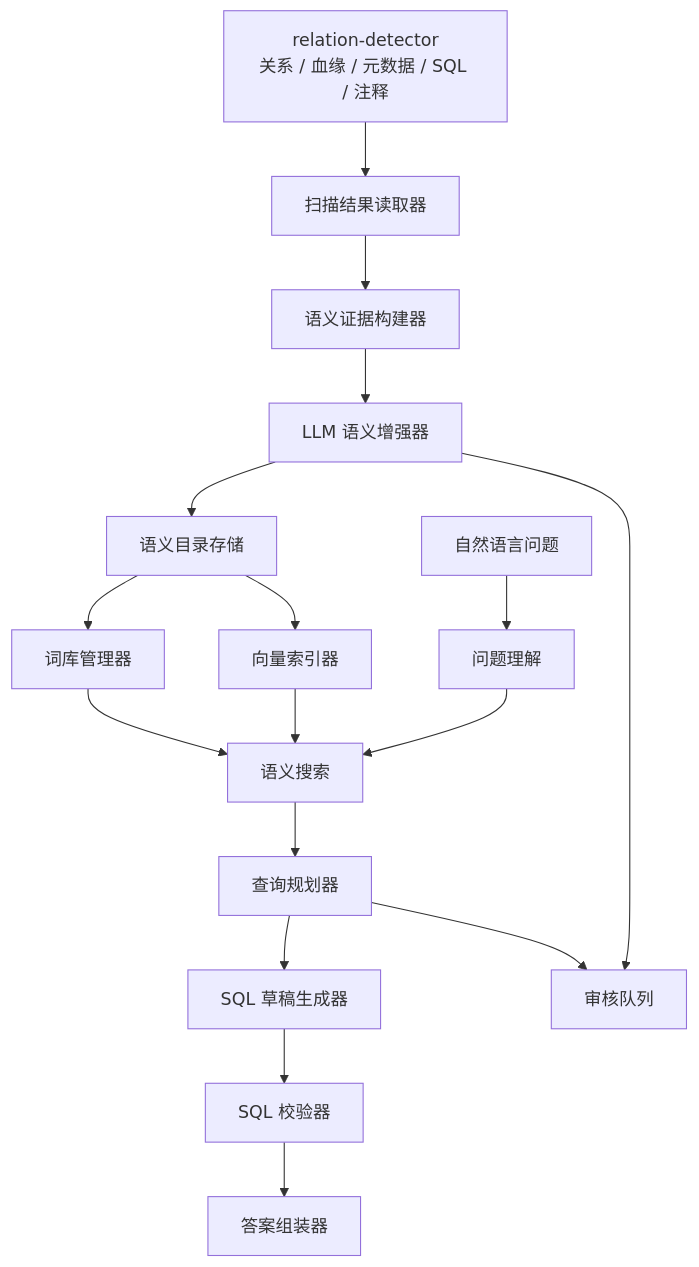
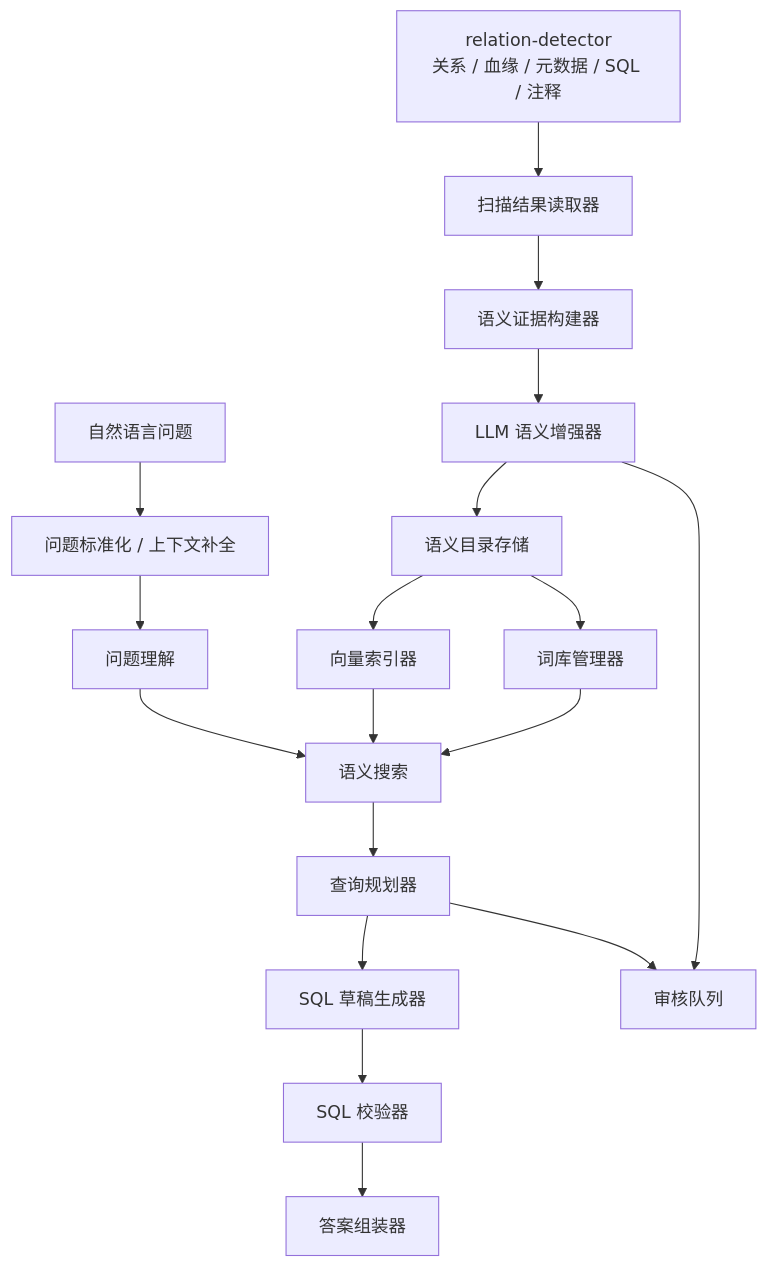
Before and after one commit to xiaoguang/relation-detector: the first of 8 diagrams in docs/design/semantic-layer-overall-design.md, drawn with Mermaid. The commit also changed other lines of this file and 3 other files, not shown here.

````diff
--- a/docs/design/semantic-layer-overall-design.md
+++ b/docs/design/semantic-layer-overall-design.md
@@ -82,22 +82,23 @@
 ```mermaid
 flowchart TD
   A["relation-detector\n关系 / 血缘 / 元数据 / SQL / 注释"] --> B["扫描结果读取器"]
   B --> C["语义证据构建器"]
   C --> D["LLM 语义增强器"]
   D --> E["语义目录存储"]
 
   E --> F["词库管理器"]
   E --> G["向量索引器"]
   F --> H["语义搜索"]
   G --> H
 
-  Q["自然语言问题"] --> I["问题理解"]
+  Q["自然语言问题"] --> QS["问题标准化 / 上下文补全"]
+  QS --> I["问题理解"]
   I --> H
   H --> J["查询规划器"]
   J --> K["SQL 草稿生成器"]
   K --> L["SQL 校验器"]
   L --> M["答案组装器"]
 
   D --> N["审核队列"]
   J --> N
 ```
````
